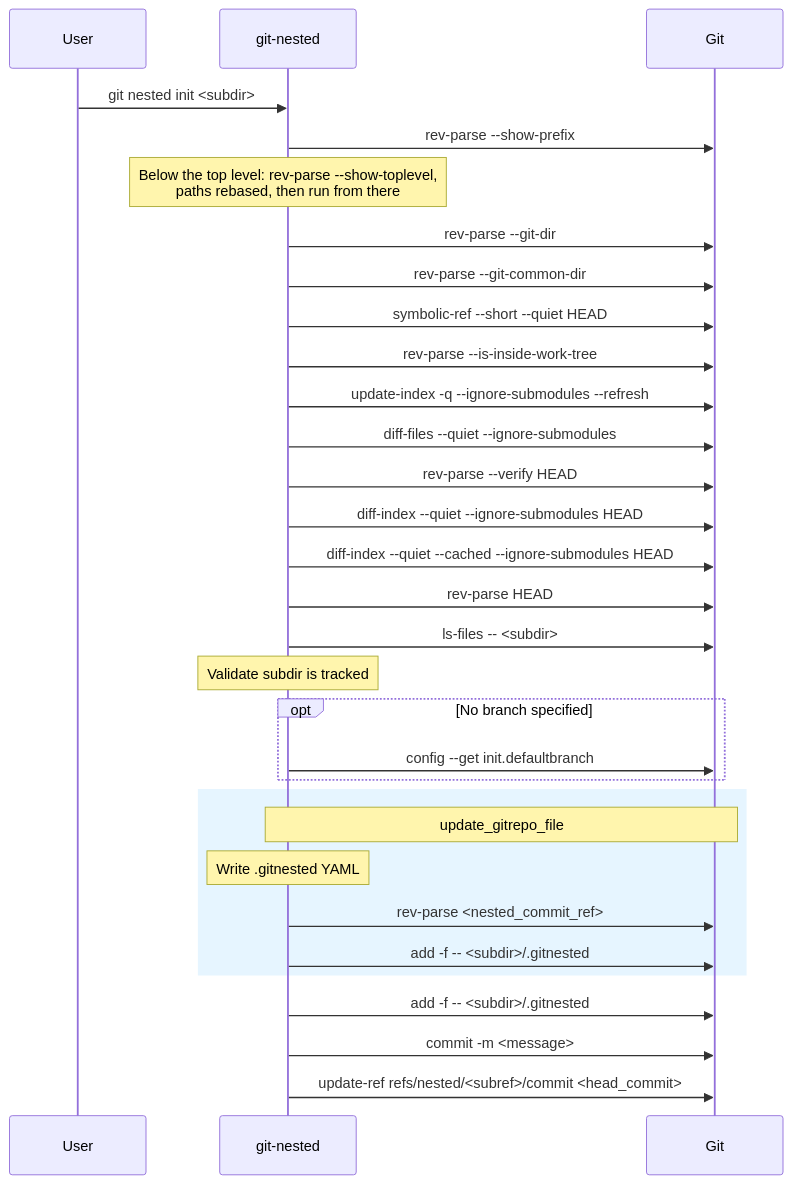
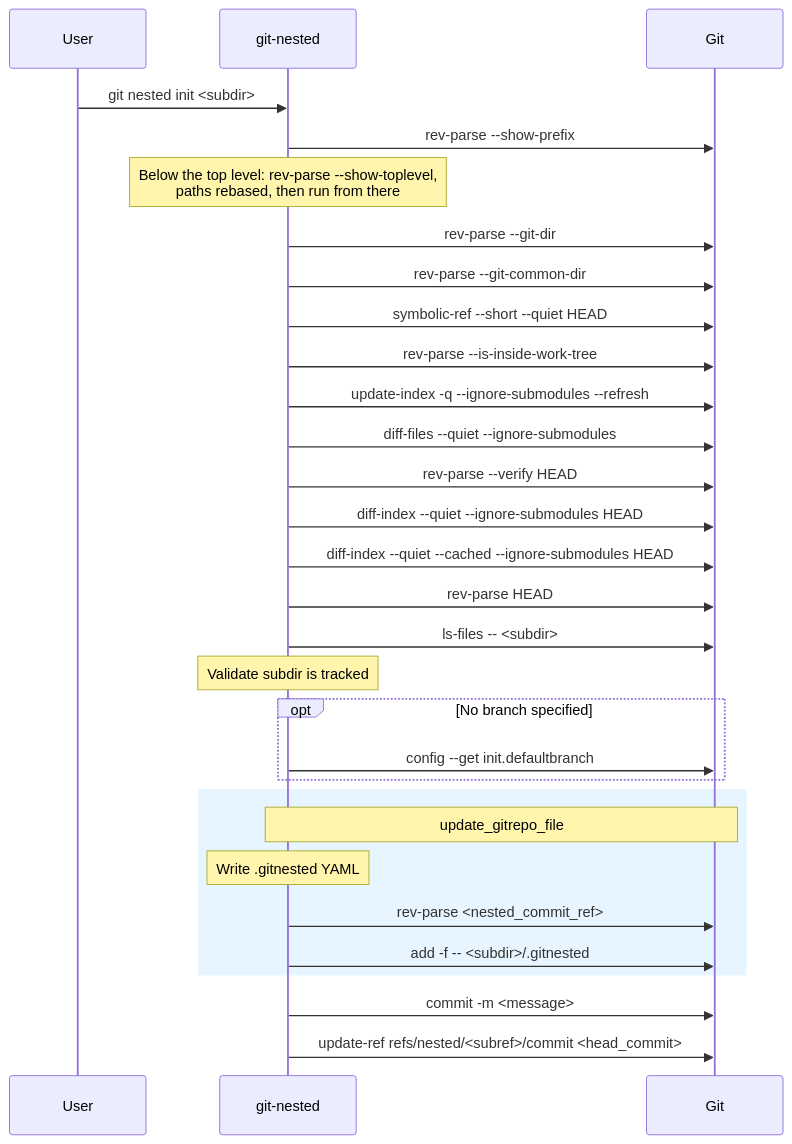
One commit to thorsten-klein/git-nested changed the second of 14 diagrams in docs/diagrams.md. Above: the diagram before and after it, drawn with Mermaid. The commit also changed other lines of this file and 40 other files, not shown here.

````diff
--- a/docs/diagrams.md
+++ b/docs/diagrams.md
@@ -64,37 +64,36 @@
 ```mermaid
 sequenceDiagram
     participant User
     participant git-nested
     participant Git
 
     User->>git-nested: git nested init <subdir>
     git-nested->>Git: rev-parse --show-prefix
     Note over git-nested: Below the top level: rev-parse --show-toplevel,<br/>paths rebased, then run from there
     git-nested->>Git: rev-parse --git-dir
     git-nested->>Git: rev-parse --git-common-dir
     git-nested->>Git: symbolic-ref --short --quiet HEAD
     git-nested->>Git: rev-parse --is-inside-work-tree
     git-nested->>Git: update-index -q --ignore-submodules --refresh
     git-nested->>Git: diff-files --quiet --ignore-submodules
     git-nested->>Git: rev-parse --verify HEAD
     git-nested->>Git: diff-index --quiet --ignore-submodules HEAD
     git-nested->>Git: diff-index --quiet --cached --ignore-submodules HEAD
     git-nested->>Git: rev-parse HEAD
     git-nested->>Git: ls-files -- <subdir>
     Note over git-nested: Validate subdir is tracked
 
     opt No branch specified
         git-nested->>Git: config --get init.defaultbranch
     end
 
     rect rgb(230, 245, 255)
         Note over git-nested,Git: update_gitrepo_file
         Note over git-nested: Write .gitnested YAML
         git-nested->>Git: rev-parse <nested_commit_ref>
         git-nested->>Git: add -f -- <subdir>/.gitnested
     end
 
-    git-nested->>Git: add -f -- <subdir>/.gitnested
     git-nested->>Git: commit -m <message>
     git-nested->>Git: update-ref refs/nested/<subref>/commit <head_commit>
 ```
````
